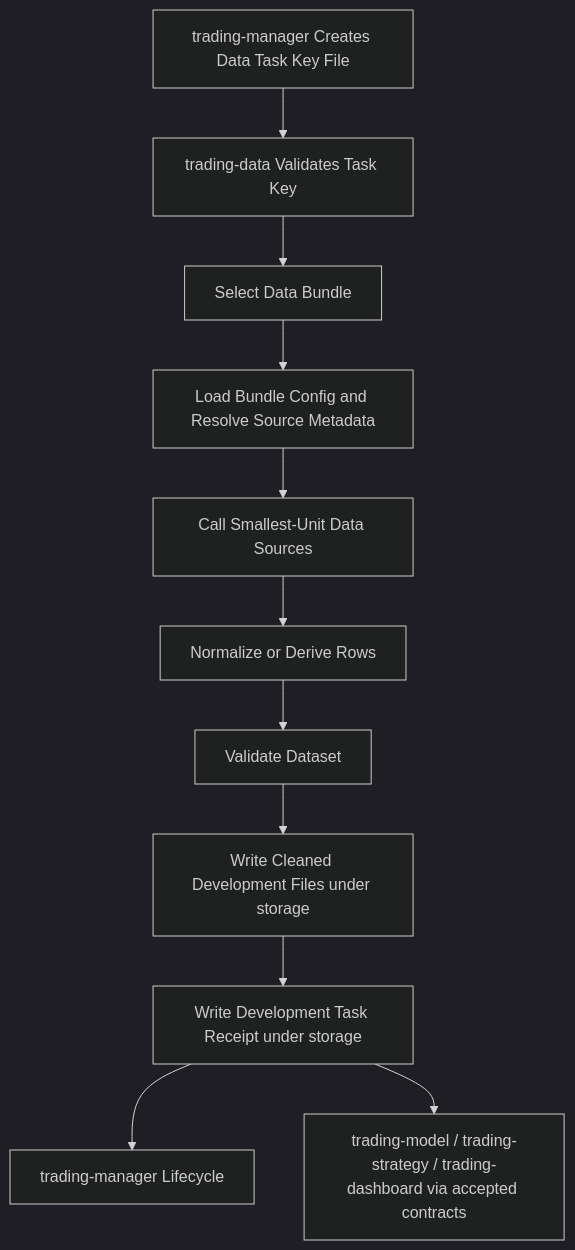
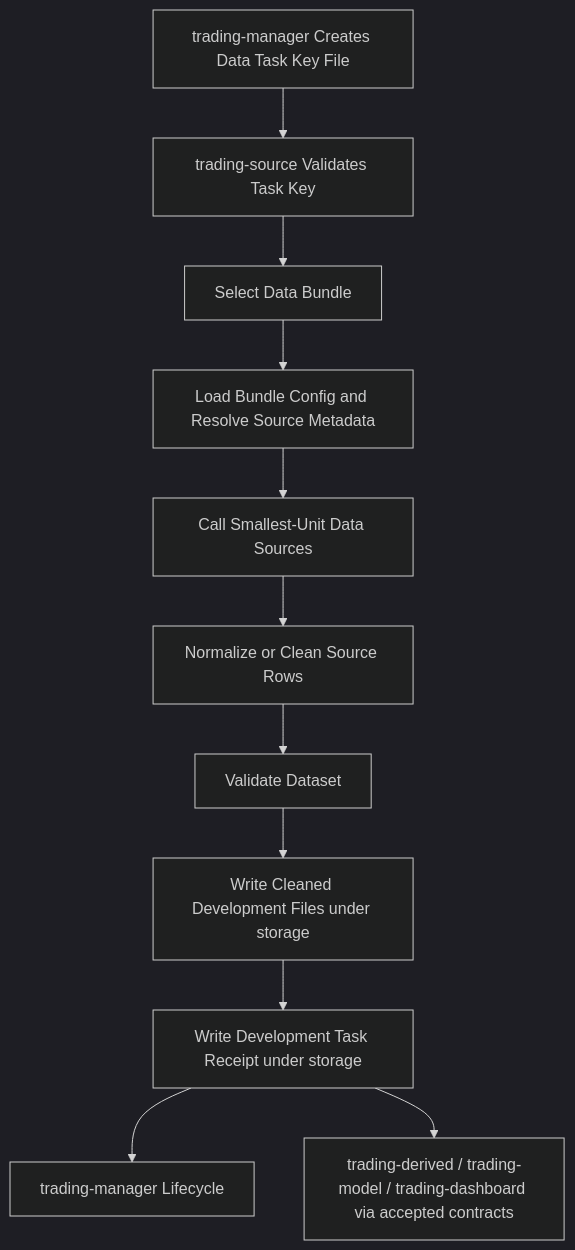
One commit to gilmore307/trading-data changed the diagram in docs/02_workflow.md. Above: the diagram before and after it, drawn with Mermaid (dark theme). The commit also changed other lines of this file and 24 other files, not shown here.

Commit message:
Rename repository boundary to trading-source

````diff
--- a/docs/02_workflow.md
+++ b/docs/02_workflow.md
@@ -33,13 +33,13 @@
 ```mermaid
 flowchart TD
-  A[trading-manager Creates Data Task Key File] --> B[trading-data Validates Task Key]
+  A[trading-manager Creates Data Task Key File] --> B[trading-source Validates Task Key]
   B --> C[Select Data Bundle]
   C --> D[Load Bundle Config and Resolve Source Metadata]
   D --> E[Call Smallest-Unit Data Sources]
-  E --> F[Normalize or Derive Rows]
+  E --> F[Normalize or Clean Source Rows]
   F --> G[Validate Dataset]
   G --> H[Write Cleaned Development Files under storage]
   H --> I[Write Development Task Receipt under storage]
   I --> J[trading-manager Lifecycle]
-  I --> K[trading-model / trading-strategy / trading-dashboard via accepted contracts]
+  I --> K[trading-derived / trading-model / trading-dashboard via accepted contracts]
 ```
````
